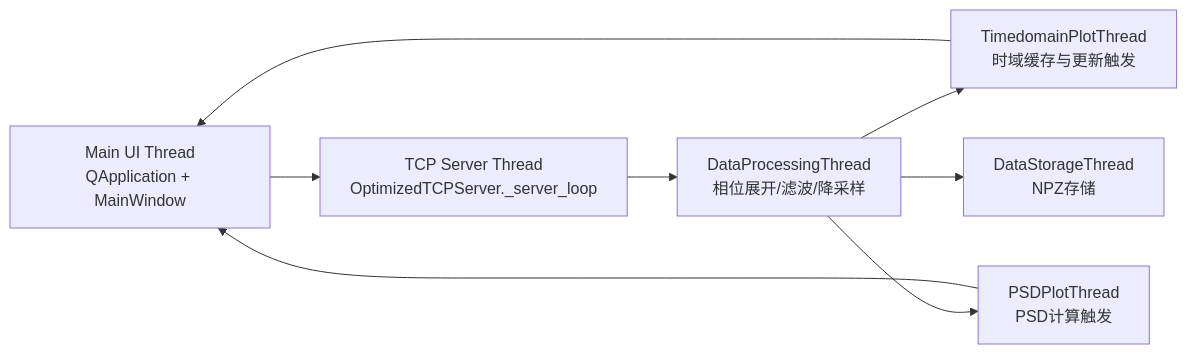
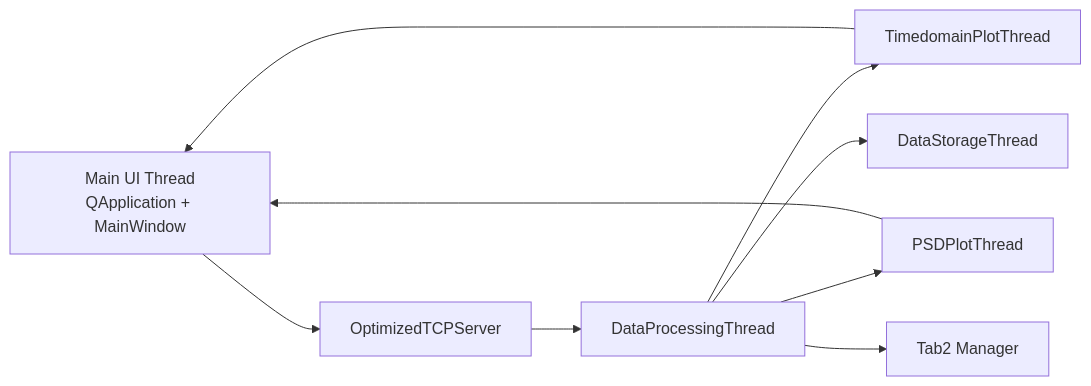
The first of 2 diagrams in docs/2026-3-12-Tab1-声发射数据通信绘图功能开发问文档.md (chyiever/wb-monitor), drawn with Mermaid before and after one commit. The commit also changed other lines of this file and 36 other files, not shown here.

````diff
--- a/docs/2026-3-12-Tab1-声发射数据通信绘图功能开发问文档.md
+++ b/docs/2026-3-12-Tab1-声发射数据通信绘图功能开发问文档.md
@@ -30,10 +43,19 @@
 ```mermaid
 flowchart LR
-    A[Main UI Thread\nQApplication + MainWindow] --> B[TCP Server Thread\nOptimizedTCPServer._server_loop]
-    B --> C[DataProcessingThread\n相位展开/滤波/降采样]
-    C --> D[TimedomainPlotThread\n时域缓存与更新触发]
-    C --> E[PSDPlotThread\nPSD计算触发]
-    C --> F[DataStorageThread\nNPZ存储]
+    A[Main UI Thread<br/>QApplication + MainWindow]
+    B[OptimizedTCPServer]
+    C[DataProcessingThread]
+    D[TimedomainPlotThread]
+    E[PSDPlotThread]
+    F[DataStorageThread]
+    G[Tab2 Manager]
+
+    A --> B
+    B --> C
+    C --> D
+    C --> E
+    C --> F
+    C --> G
     D --> A
     E --> A
 ```
````
